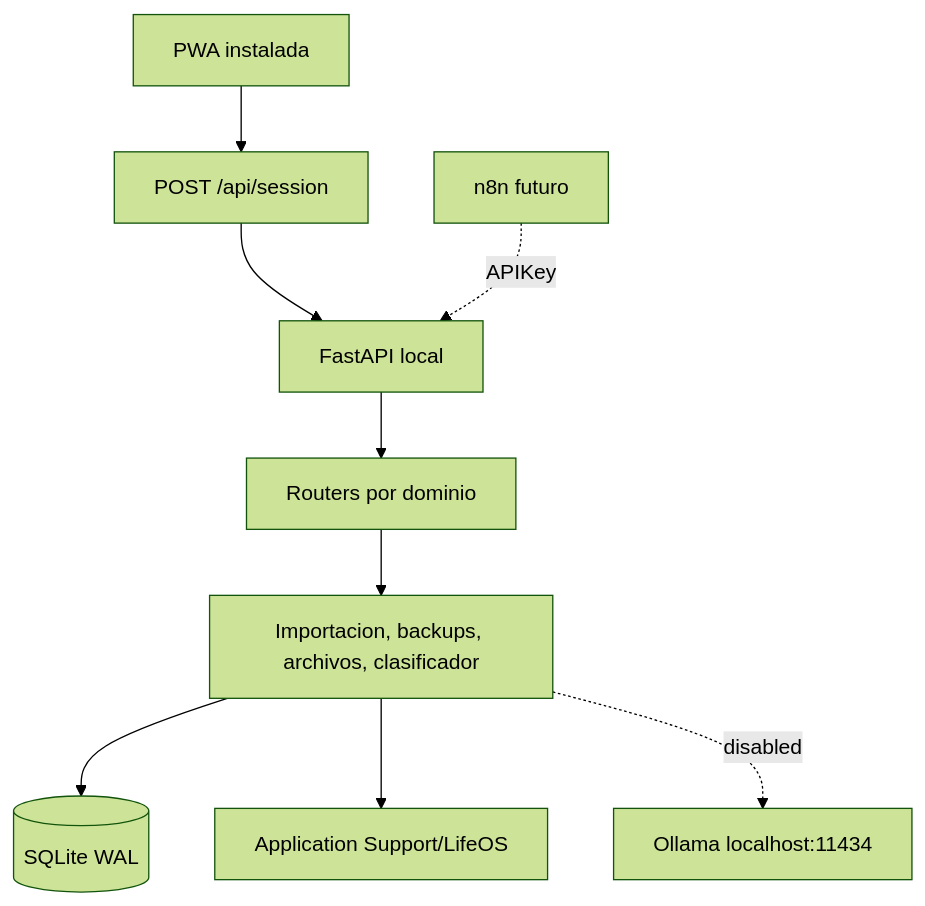
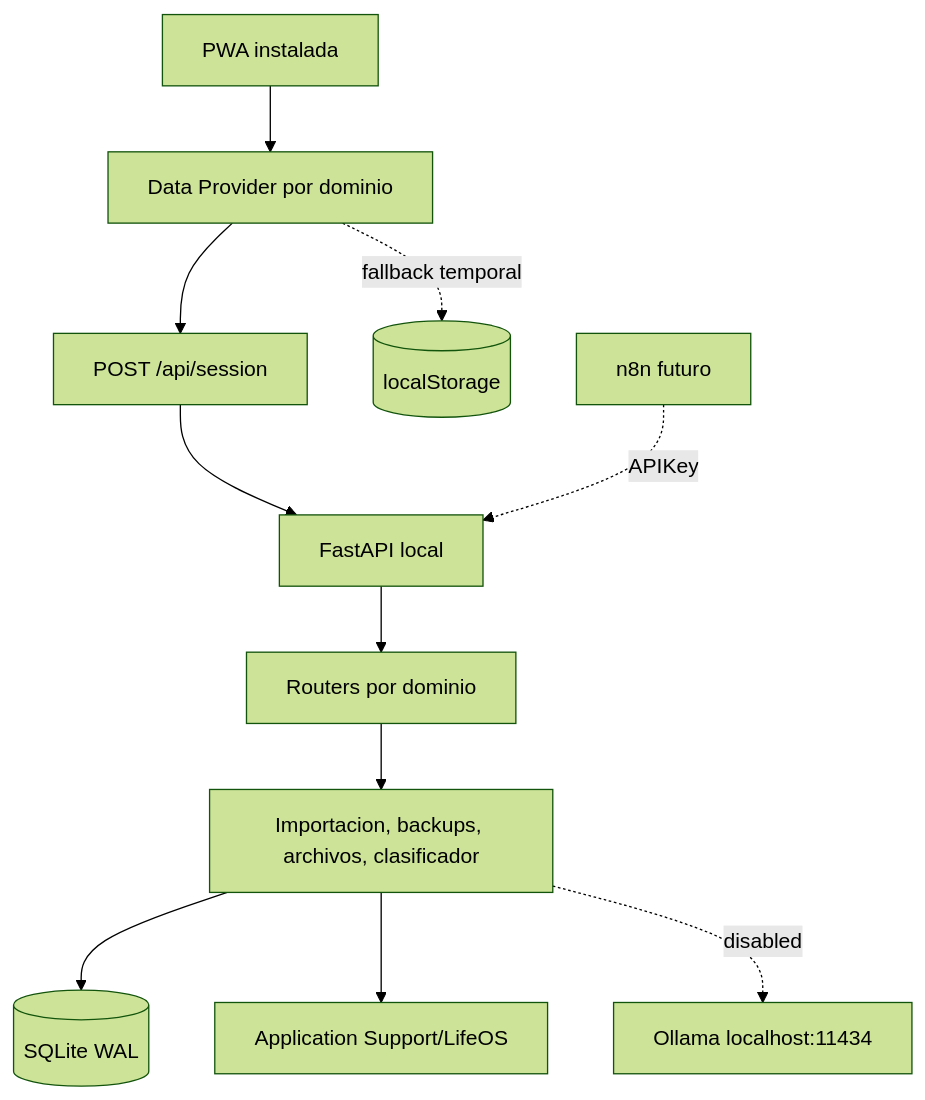
One commit to JLeonardoGG/life-os-personal changed the diagram in docs/ARCHITECTURE.md. Above: the diagram before and after it, drawn with Mermaid (forest theme). The commit also changed other lines of this file and 38 other files, not shown here.

````diff
--- a/docs/ARCHITECTURE.md
+++ b/docs/ARCHITECTURE.md
@@ -5,11 +5,13 @@
 ```mermaid
 flowchart TD
-    Browser["PWA instalada"] --> Session["POST /api/session"]
+    Browser["PWA instalada"] --> Provider["Data Provider por dominio"]
+    Provider --> Session["POST /api/session"]
+    Provider -. fallback temporal .-> LocalStorage[("localStorage")]
     Session --> API["FastAPI local"]
     N8N["n8n futuro"] -. APIKey .-> API
     API --> Routers["Routers por dominio"]
     Routers --> Services["Importacion, backups, archivos, clasificador"]
     Services --> SQLite[("SQLite WAL")]
     Services --> Storage["Application Support/LifeOS"]
     Services -. disabled .-> AI["Ollama localhost:11434"]
 ```
````
